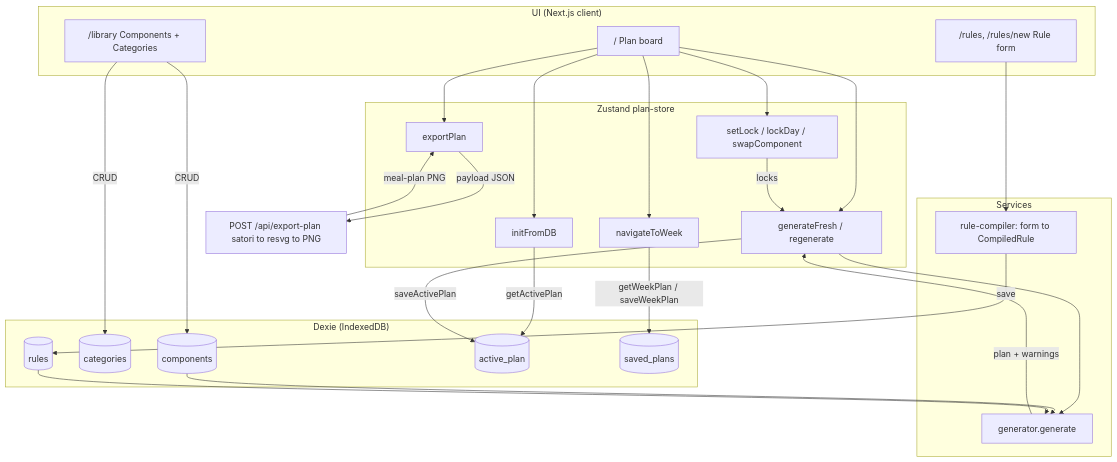
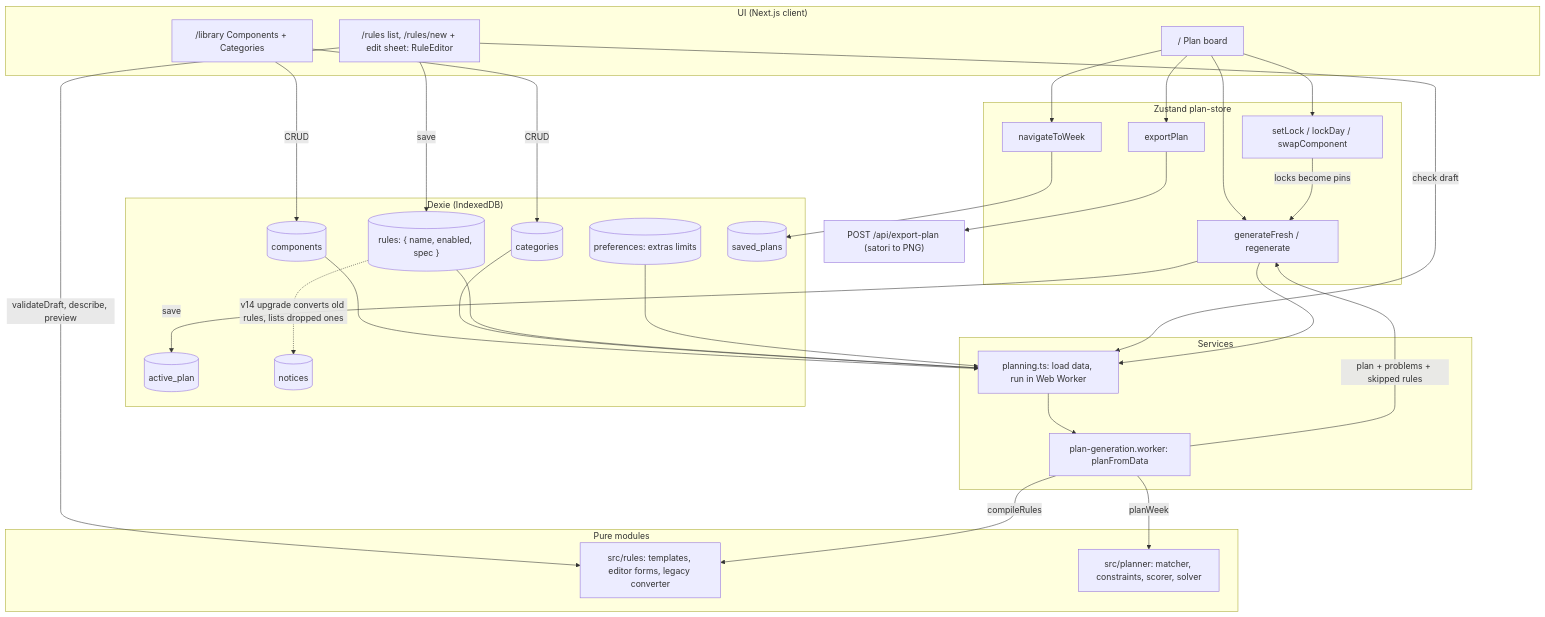
The first of 2 diagrams in docs/architecture.md (shriah/meal-planner), drawn with Mermaid before and after one commit. The commit also changed other lines of this file and 11 other files, not shown here.

````diff
--- a/docs/architecture.md
+++ b/docs/architecture.md
@@ -5,52 +9,62 @@
 ```mermaid
 flowchart TD
     subgraph UI["UI (Next.js client)"]
         Home["/ Plan board"]
         Lib["/library Components + Categories"]
-        Rules["/rules, /rules/new Rule form"]
+        RulesPage["/rules list, /rules/new + edit sheet: RuleEditor"]
     end
 
     subgraph Store["Zustand plan-store"]
-        Init["initFromDB"]
         Gen["generateFresh / regenerate"]
         Edit["setLock / lockDay / swapComponent"]
         Nav["navigateToWeek"]
         Exp["exportPlan"]
     end
 
     subgraph DB["Dexie (IndexedDB)"]
         Comps[("components")]
         Cats[("categories")]
-        RulesT[("rules")]
+        RulesT[("rules: { name, enabled, spec }")]
+        Prefs[("preferences: extras limits")]
         Active[("active_plan")]
         Saved[("saved_plans")]
+        Notices[("notices")]
     end
 
     subgraph Svc["Services"]
-        Compile["rule-compiler: form to CompiledRule"]
-        Generator["generator.generate"]
+        Planning["planning.ts: load data, run in Web Worker"]
+        Worker["plan-generation.worker: planFromData"]
     end
 
-    API["POST /api/export-plan satori to resvg to PNG"]
+    subgraph Pure["Pure modules"]
+        RulesMod["src/rules: templates, editor forms, legacy converter"]
+        Planner["src/planner: matcher, constraints, scorer, solver"]
+    end
+
+    API["POST /api/export-plan (satori to PNG)"]
 
     Lib -->|CRUD| Comps
     Lib -->|CRUD| Cats
-    Rules --> Compile -->|save| RulesT
+    RulesPage -->|validateDraft, describe, preview| RulesMod
+    RulesPage -->|save| RulesT
+    RulesPage -->|check draft| Planning
 
-    Home --> Init
-    Init -->|getActivePlan| Active
     Home --> Gen
     Home --> Edit
     Home --> Nav
     Home --> Exp
-
-    Gen --> Generator
-    Comps --> Generator
-    RulesT --> Generator
-    Edit -->|locks| Gen
-    Generator -->|plan + warnings| Gen
-    Gen -->|saveActivePlan| Active
-    Nav -->|getWeekPlan / saveWeekPlan| Saved
-    Exp -->|payload JSON| API
-    API -->|meal-plan PNG| Exp
+    Edit -->|locks become pins| Gen
+    Gen --> Planning
+    Comps --> Planning
+    Cats --> Planning
+    RulesT --> Planning
+    Prefs --> Planning
+    Planning --> Worker
+    Worker -->|compileRules| RulesMod
+    Worker -->|planWeek| Planner
+    Worker -->|plan + problems + skipped rules| Gen
+    Gen -->|save| Active
+    Nav --> Saved
+    Exp --> API
+    RulesT -.->|v14 upgrade converts old rules, lists dropped ones| Notices
 ```
````
